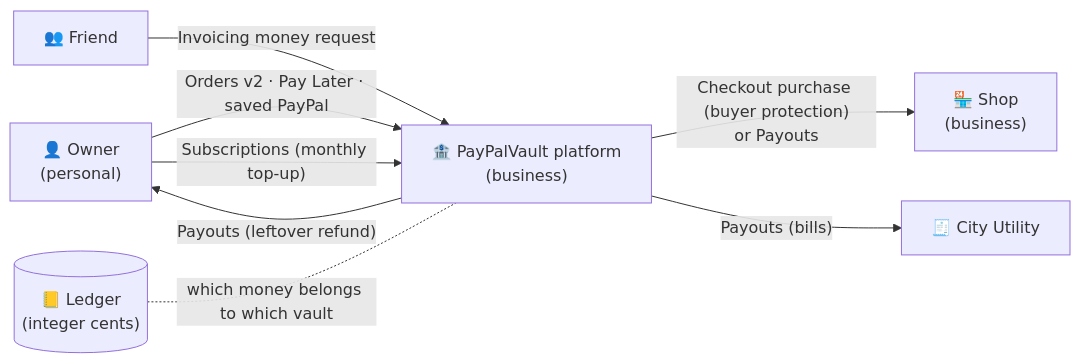
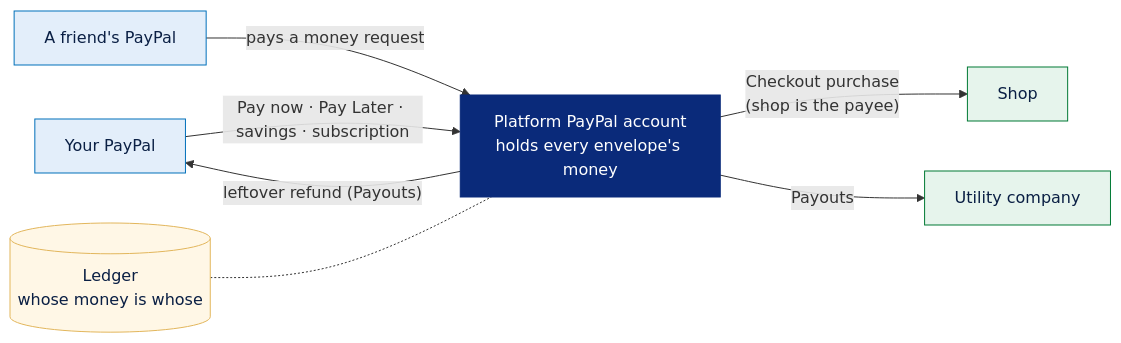
One commit to kajlaM/PayPal-Envelope changed the second of 5 diagrams in README.md. Above: the diagram before and after it, drawn with Mermaid. The commit also changed other lines of this file and 48 other files, not shown here.

````diff
--- a/README.md
+++ b/README.md
@@ -424,10 +275,21 @@
 ```mermaid
 flowchart LR
-    U["👤 Owner<br/>(personal)"] -- "Orders v2 · Pay Later · saved PayPal" --> P["🏦 PayPalVault platform<br/>(business)"]
-    F["👥 Friend"] -- "Invoicing money request" --> P
-    U -- "Subscriptions (monthly top-up)" --> P
-    P -- "Checkout purchase (buyer protection)<br/>or Payouts" --> S["🏪 Shop<br/>(business)"]
-    P -- "Payouts (bills)" --> C["🧾 City Utility"]
-    P -- "Payouts (leftover refund)" --> U
-    L[("📒 Ledger<br/>(integer cents)")] -. "which money belongs to which vault" .- P
+    classDef person fill:#E3EEFA,stroke:#0070BA,color:#0A1F44
+    classDef platform fill:#0A2A7A,stroke:#0A2A7A,color:#FFFFFF
+    classDef shop fill:#E6F4EC,stroke:#007934,color:#0A1F44
+    classDef ledger fill:#FFF7E6,stroke:#E2B65C,color:#0A1F44
+
+    U["Your PayPal"]:::person
+    F["A friend's PayPal"]:::person
+    PL["Platform PayPal account<br/>holds every envelope's money"]:::platform
+    S["Shop"]:::shop
+    C["Utility company"]:::shop
+    L[("Ledger<br/>whose money is whose")]:::ledger
+
+    U -- "Pay now · Pay Later · savings · subscription" --> PL
+    F -- "pays a money request" --> PL
+    PL -- "Checkout purchase<br/>(shop is the payee)" --> S
+    PL -- "Payouts" --> C
+    PL -- "leftover refund (Payouts)" --> U
+    L -.- PL
 ```
````
